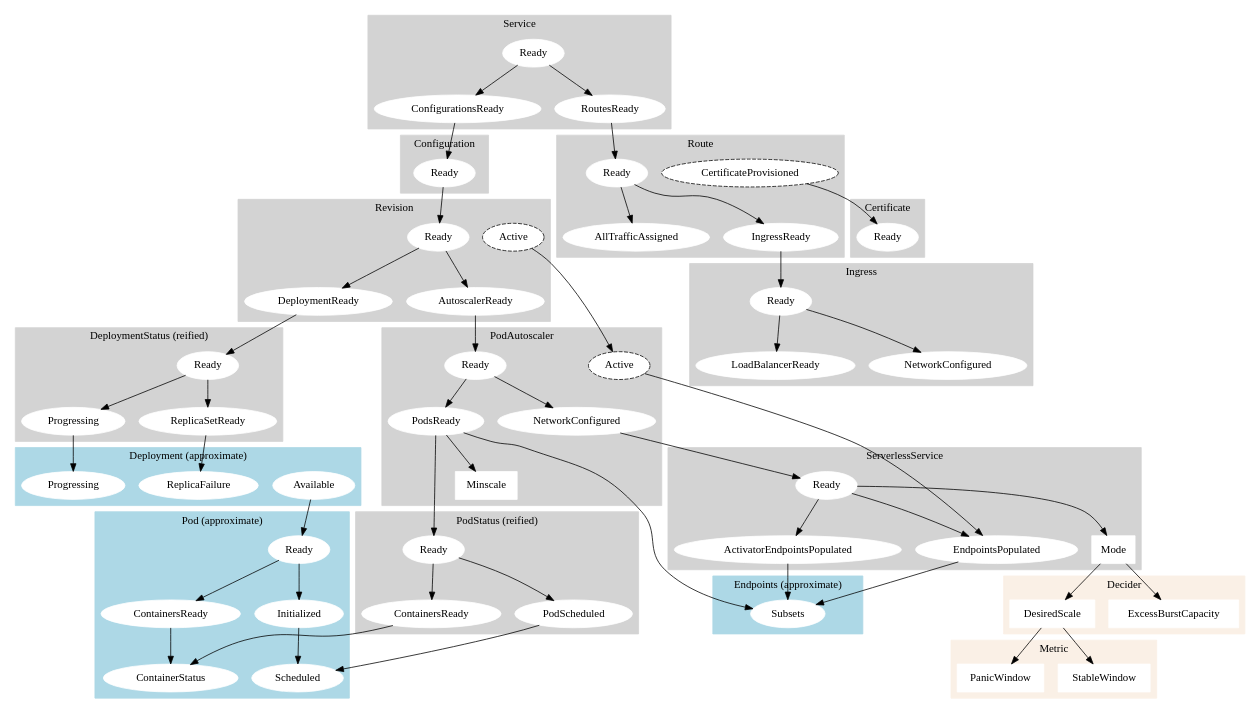
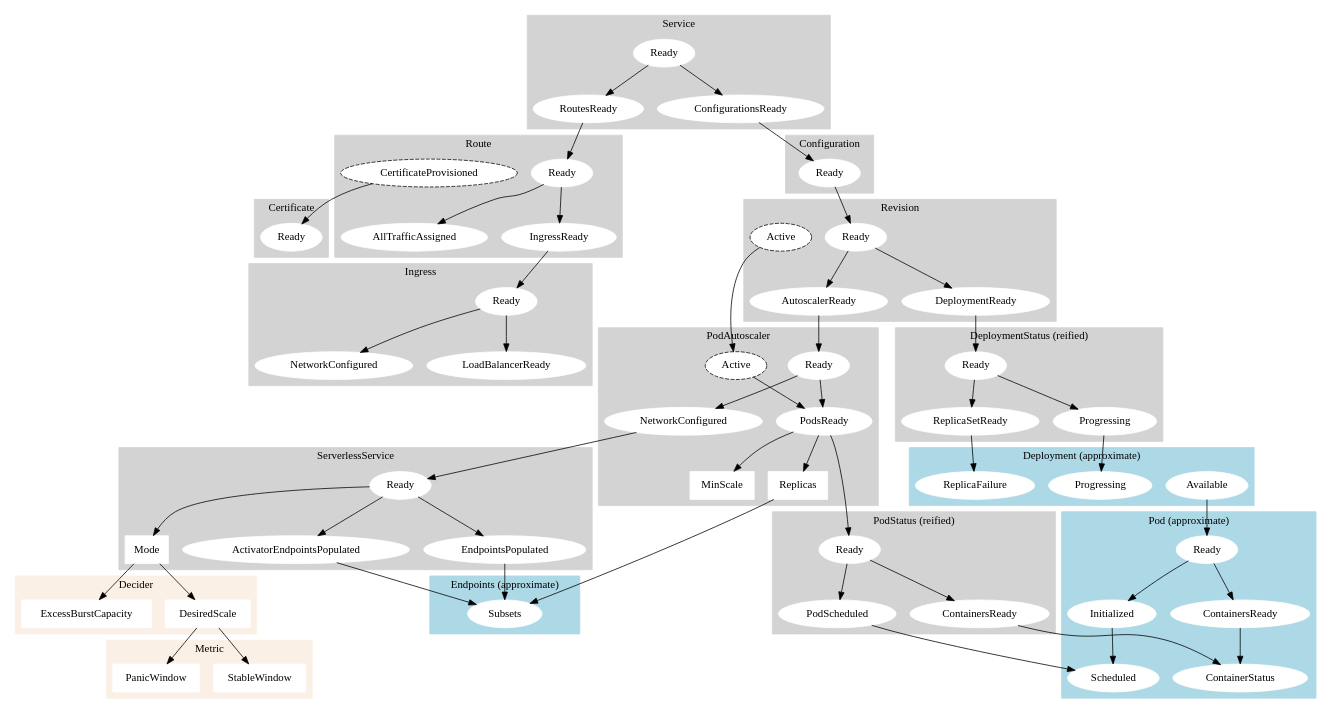
The diagram in src/proposed-lifecycle.dot (jonjohnsonjr/graphviz), drawn with Graphviz before and after one commit. The commit also changed 1 other file, not shown here.

Commit message:
active based on podsready

```diff
--- a/src/proposed-lifecycle.dot
+++ b/src/proposed-lifecycle.dot
@@ -74,13 +74,18 @@
     PodAutoscalerConditionSKSReady [label=NetworkConfigured, href="https://godoc.org/github.com/knative/serving/pkg/apis/autoscaling/v1alpha1#PodAutoscalerConditionReady"]
     PodAutoscalerConditionPodsReady [label=PodsReady]
 
-    PodAutoscalerMinScale [label=Minscale, shape=box, href="https://godoc.org/github.com/knative/serving/pkg/apis/autoscaling#MinScaleAnnotationKey"]
+    PodAutoscalerMinScale [label=MinScale, shape=box, href="https://godoc.org/github.com/knative/serving/pkg/apis/autoscaling#MinScaleAnnotationKey"]
+    PodAutoscalerReplicas [label=Replicas, shape=box]
 
     PodAutoscalerConditionActive [label=Active, style="filled,dashed", fillcolor=white, color=black, href="https://godoc.org/github.com/knative/serving/pkg/apis/autoscaling/v1alpha1#PodAutoscalerConditionActive"]
 
     PodAutoscalerConditionReady -> PodAutoscalerConditionSKSReady
     PodAutoscalerConditionReady -> PodAutoscalerConditionPodsReady
+
     PodAutoscalerConditionPodsReady -> PodAutoscalerMinScale
+    PodAutoscalerConditionPodsReady -> PodAutoscalerReplicas
+
+    PodAutoscalerConditionActive -> PodAutoscalerConditionPodsReady
 
   }
 
@@ -191,9 +196,10 @@
 
   RevisionConditionActive -> PodAutoscalerConditionActive
 
-  PodAutoscalerConditionActive -> ServerlessServiceConditionEndspointsPopulated
   PodAutoscalerConditionSKSReady -> ServerlessServiceConditionReady
   PodAutoscalerConditionPodsReady -> PodStatusReady
+
+  PodAutoscalerReplicas -> EndpointsSubsets
 
   DeciderDesiredScale -> MetricStableWindow
   DeciderDesiredScale -> MetricPanicWindow
@@ -204,7 +210,6 @@
   ServerlessServiceMode -> DeciderDesiredScale
 
   ServerlessServiceConditionActivatorEndspointsPopulated -> EndpointsSubsets
-  PodAutoscalerConditionPodsReady -> EndpointsSubsets
 
   DeploymentAvailable -> PodReady
 
```
